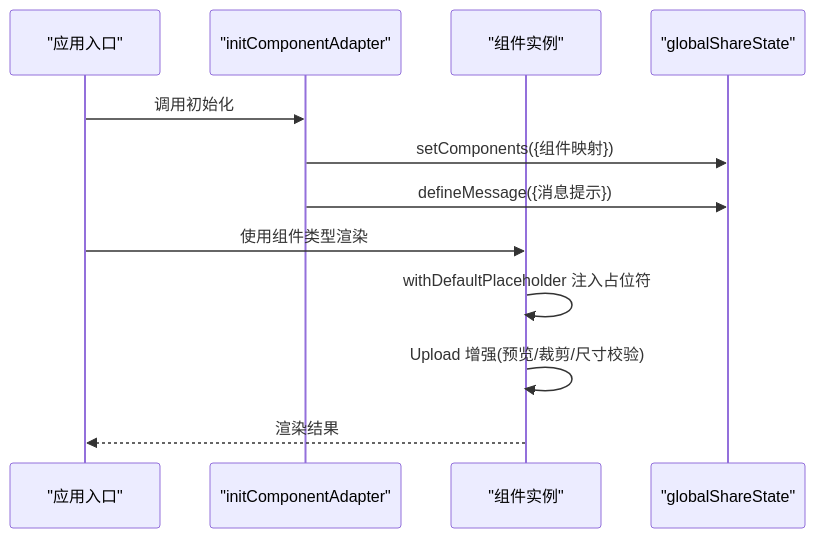
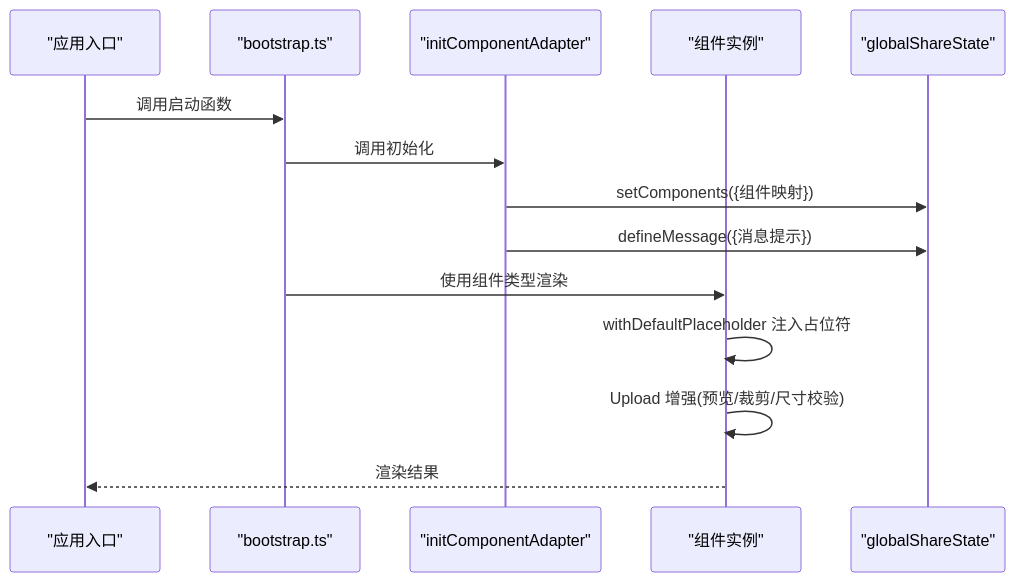
One commit to liuyinzhong/hive changed the third of 6 diagrams in .qoder/repowiki/zh/content/多框架支持/多框架支持.md. Above: the diagram before and after it, drawn with Mermaid. The commit also changed other lines of this file and 6 other files, not shown here.

````diff
--- a/.qoder/repowiki/zh/content/多框架支持/多框架支持.md
+++ b/.qoder/repowiki/zh/content/多框架支持/多框架支持.md
@@ -195,14 +127,16 @@
 ```mermaid
 sequenceDiagram
 participant App as "应用入口"
+participant Bootstrap as "bootstrap.ts"
 participant Init as "initComponentAdapter"
 participant Cmp as "组件实例"
 participant GS as "globalShareState"
-App->>Init : 调用初始化
+App->>Bootstrap : 调用启动函数
+Bootstrap->>Init : 调用初始化
 Init->>GS : setComponents({组件映射})
 Init->>GS : defineMessage({消息提示})
-App->>Cmp : 使用组件类型渲染
+Bootstrap->>Cmp : 使用组件类型渲染
 Cmp->>Cmp : withDefaultPlaceholder 注入占位符
 Cmp->>Cmp : Upload 增强(预览/裁剪/尺寸校验)
 Cmp-->>App : 渲染结果
 ```
````
